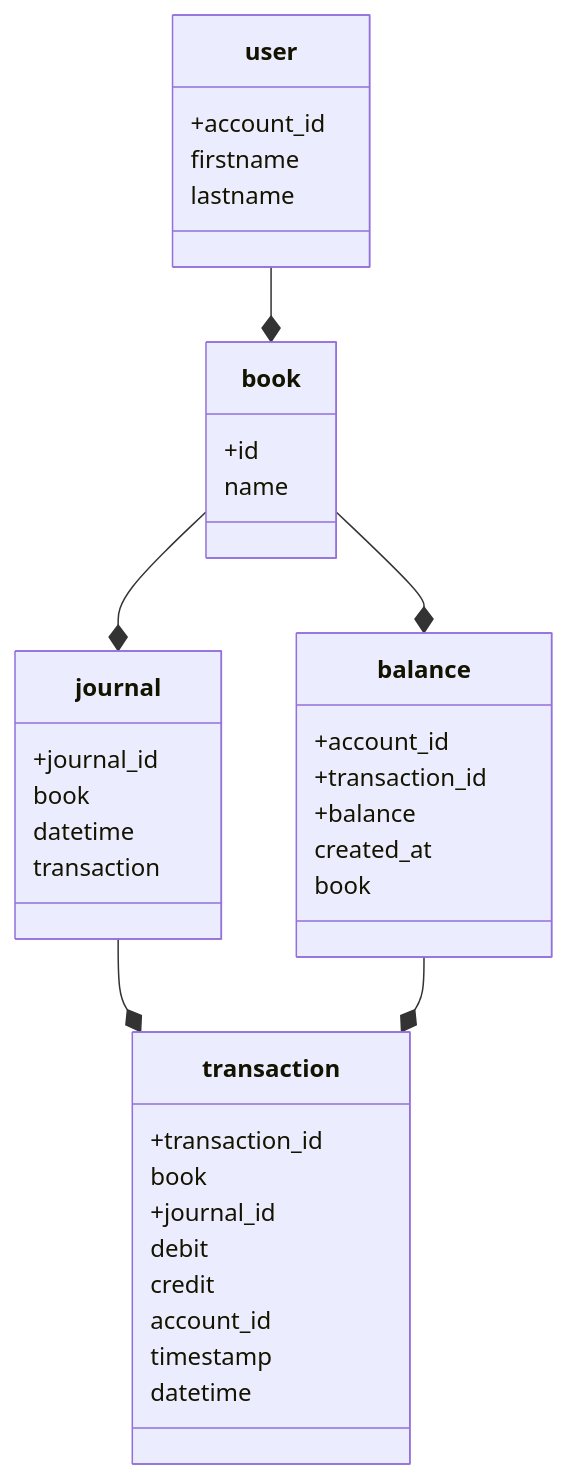
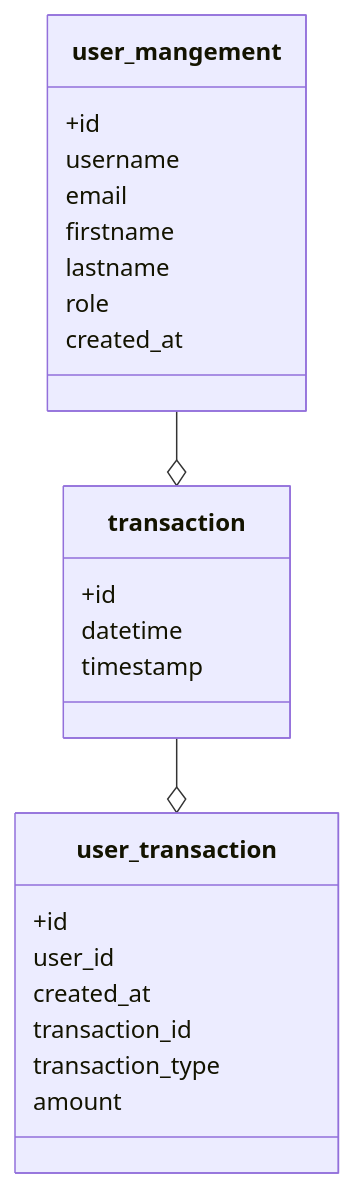
Before and after one commit to BallChart123/gamefi-gem: the second of 2 diagrams in README.md, drawn with Mermaid. The commit also changed other lines of this file and 2 other files, not shown here.

````diff
--- a/README.md
+++ b/README.md
@@ -21,47 +81,28 @@
 ``` mermaid
-
 classDiagram
     class transaction{
-        +transaction_id
-        book
-        +journal_id
-        debit
-        credit
-        account_id
+        +id
+        datetime
         timestamp
-        datetime
+    }
+    class user_transaction {
+       +id
+        user_id
+        created_at
+       transaction_id
+        transaction_type
+        amount
+    }
+    class user_mangement {
+       +id
+       username
+       email
+       firstname
+       lastname
+       role
+       created_at
+    }
+transaction --o user_transaction
+user_mangement --o  transaction
 
-
-    }
-    class user {
-        +account_id
-        firstname
-        lastname
-        
-    }
-    class balance {
-        +account_id
-        +transaction_id
-        +balance
-        created_at
-        book
-
-    }
-    class journal{
-        +journal_id
-        book
-        datetime
-        transaction
-
-    }
-    class book {
-        +id
-        name
-    }
-   
-  journal --* transaction
-  book --* balance
-  book --* journal
-  balance --* transaction
-  user --* book
 ```
````
